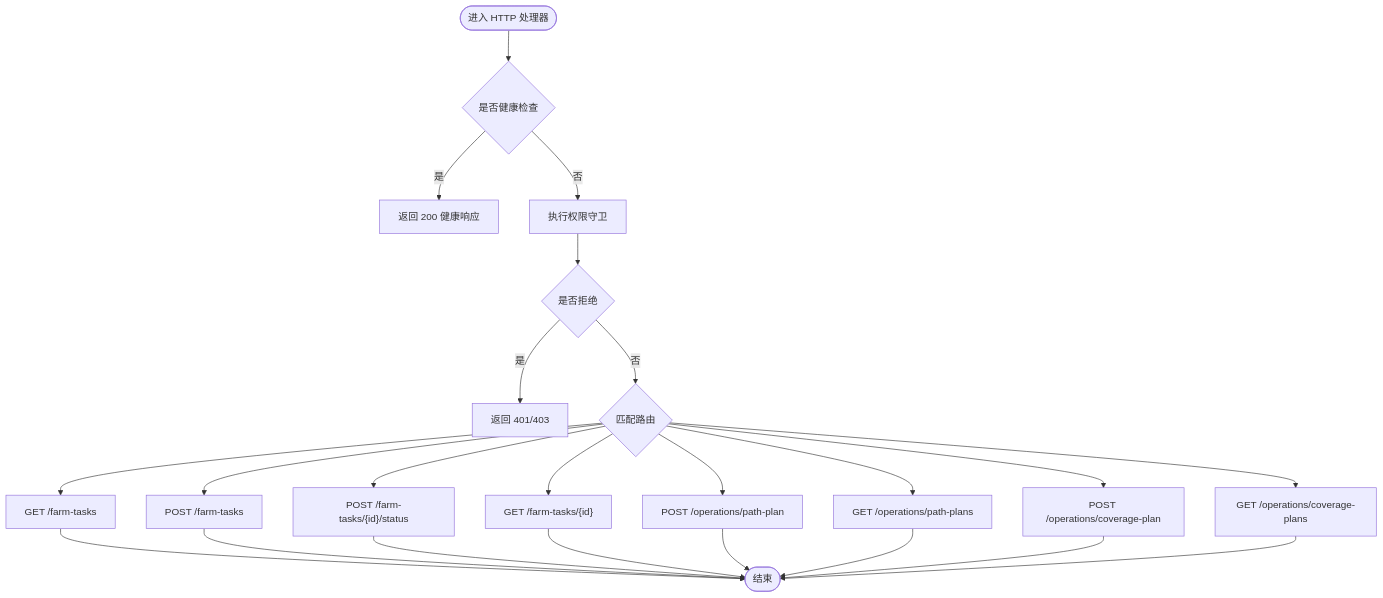
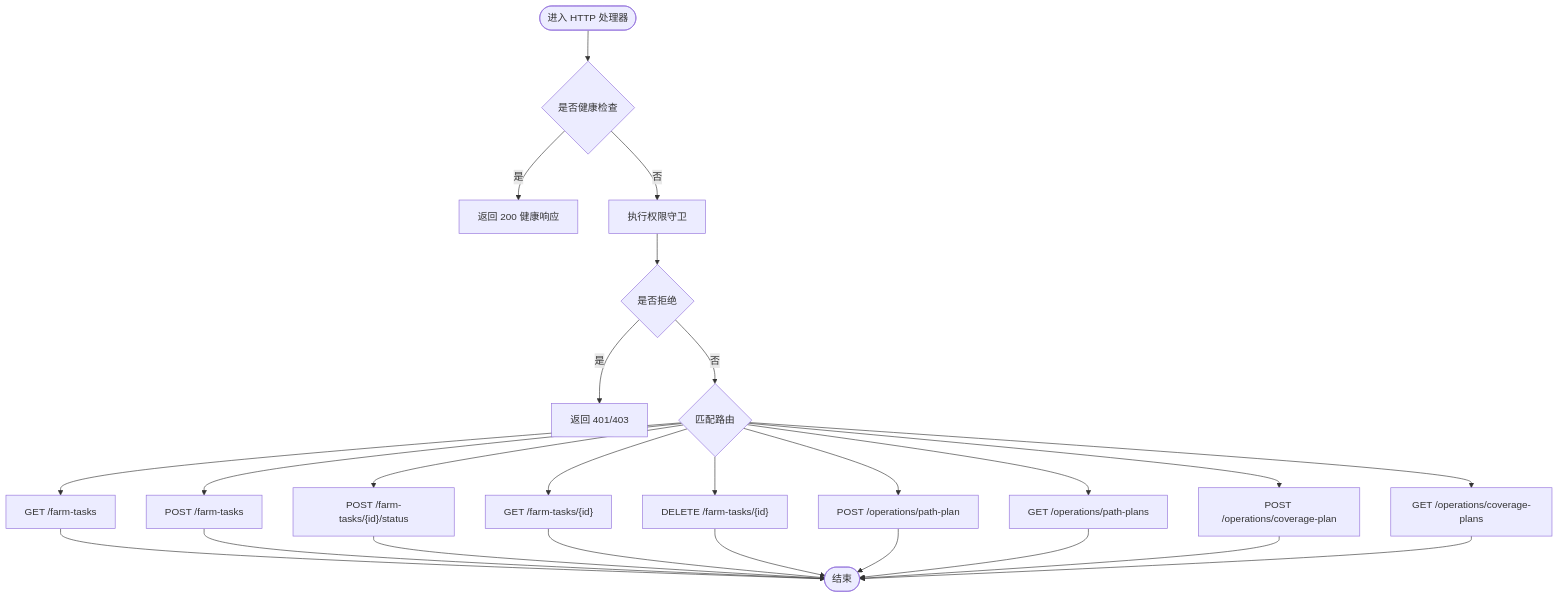
Before and after one commit to q446328246/agri-platform: the third of 9 diagrams in .qoder/repowiki/zh/content/核心服务文档/作业服务.md, drawn with Mermaid. The commit also changed other lines of this file and 35 other files, not shown here.

````diff
--- a/.qoder/repowiki/zh/content/核心服务文档/作业服务.md
+++ b/.qoder/repowiki/zh/content/核心服务文档/作业服务.md
@@ -139,25 +148,27 @@
 ```mermaid
 flowchart TD
 Start(["进入 HTTP 处理器"]) --> Health{"是否健康检查"}
 Health --> |是| ReturnHealth["返回 200 健康响应"]
 Health --> |否| Auth["执行权限守卫"]
 Auth --> Denied{"是否拒绝"}
 Denied --> |是| ReturnAuth["返回 401/403"]
 Denied --> |否| Route{"匹配路由"}
 Route --> TasksList["GET /farm-tasks"]
 Route --> TasksCreate["POST /farm-tasks"]
 Route --> StatusUpdate["POST /farm-tasks/{id}/status"]
 Route --> TaskDetail["GET /farm-tasks/{id}"]
+Route --> TaskDelete["DELETE /farm-tasks/{id}"]
 Route --> NavPlan["POST /operations/path-plan"]
 Route --> NavHistory["GET /operations/path-plans"]
 Route --> CovPlan["POST /operations/coverage-plan"]
 Route --> CovHistory["GET /operations/coverage-plans"]
 TasksList --> End(["结束"])
 TasksCreate --> End
 StatusUpdate --> End
 TaskDetail --> End
+TaskDelete --> End
 NavPlan --> End
 NavHistory --> End
 CovPlan --> End
 CovHistory --> End
 ```
````
